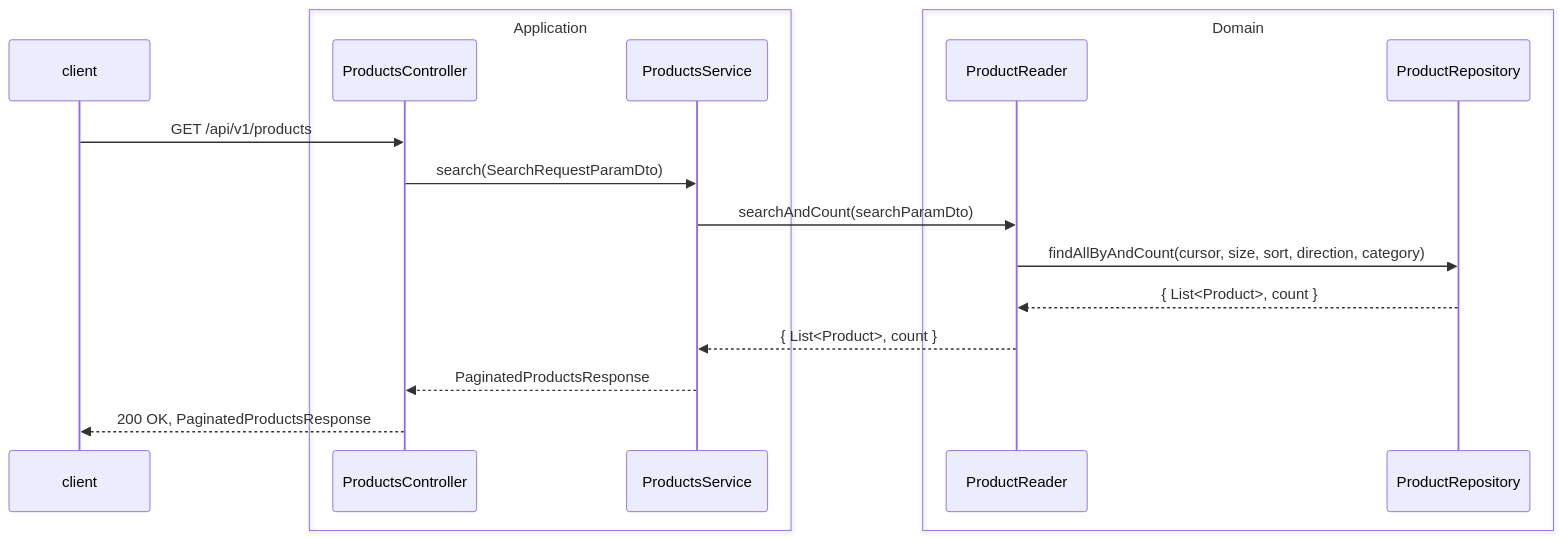
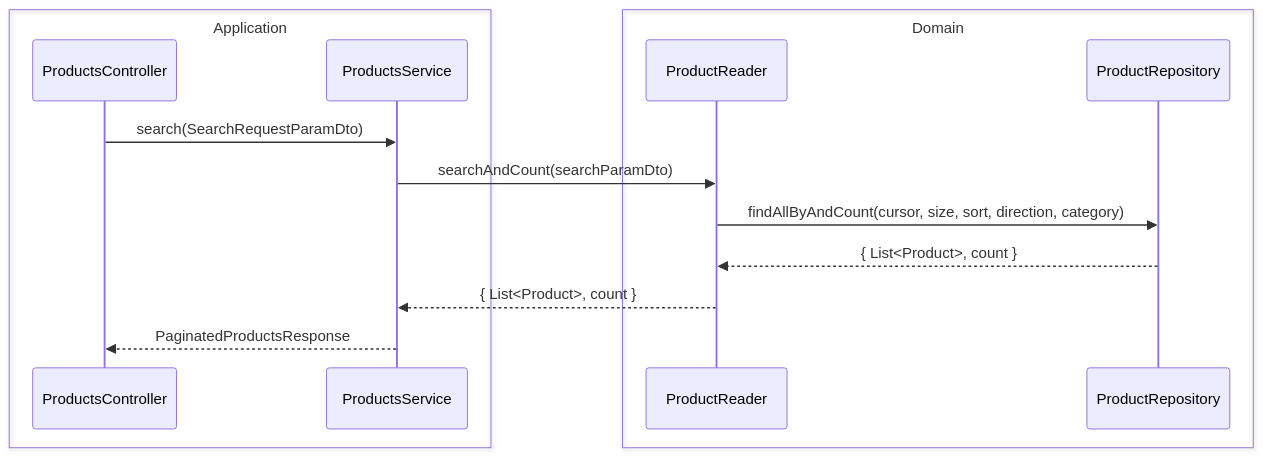
The second of 4 diagrams in docs/api/products.md (newbieJanghan/hh_plus_server), drawn with Mermaid before and after one commit. The commit also changed other lines of this file and 2 other files, not shown here.

Commit message:
Docs: API 문서 수정

````diff
--- a/docs/api/products.md
+++ b/docs/api/products.md
@@ -55,23 +68,20 @@
 ```mermaid
 sequenceDiagram
-    participant client
     box Application
         participant ProductsController
         participant ProductsService
     end
     box Domain
         participant ProductReader
         participant ProductRepository
     end
 #
-    client ->> ProductsController: GET /api/v1/products
     ProductsController ->> ProductsService: search(SearchRequestParamDto)
     ProductsService ->> ProductReader: searchAndCount(searchParamDto)
 #
     ProductReader ->> ProductRepository: findAllByAndCount(cursor, size, sort, direction, category)
     ProductRepository -->> ProductReader: { List<Product>, count }
 #
     ProductReader -->> ProductsService: { List<Product>, count }
     ProductsService -->> ProductsController: PaginatedProductsResponse
-    ProductsController -->> client: 200 OK, PaginatedProductsResponse
 ```
````
